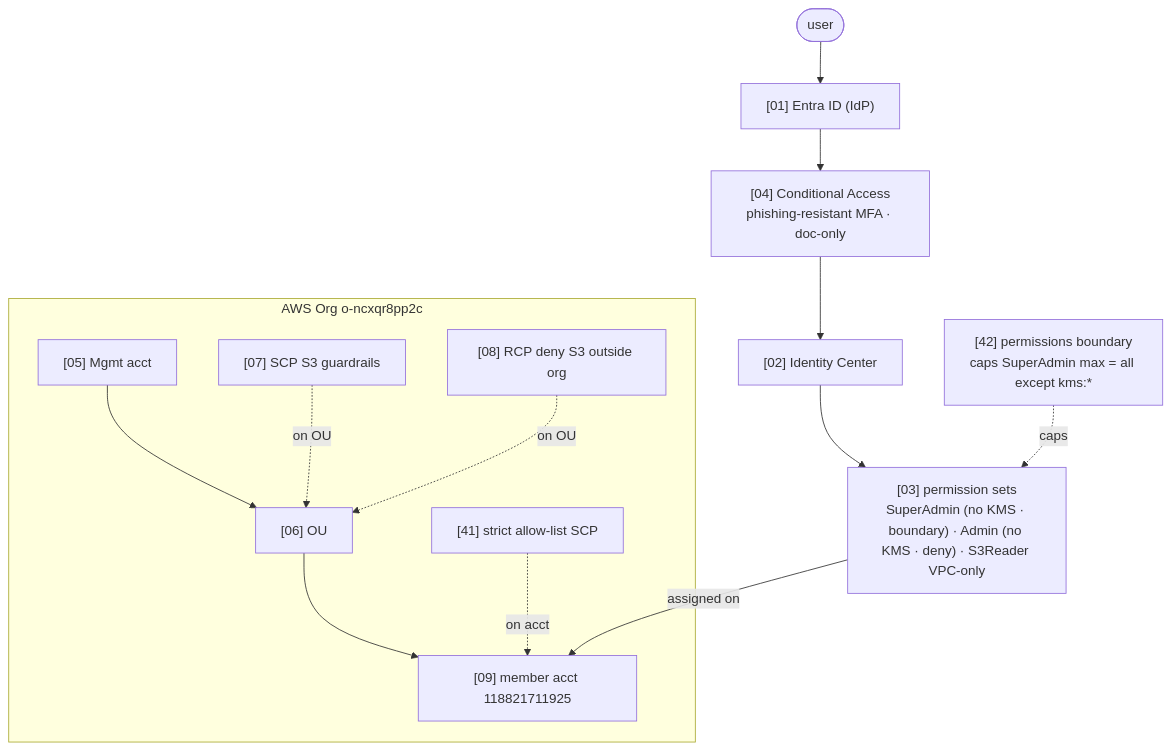
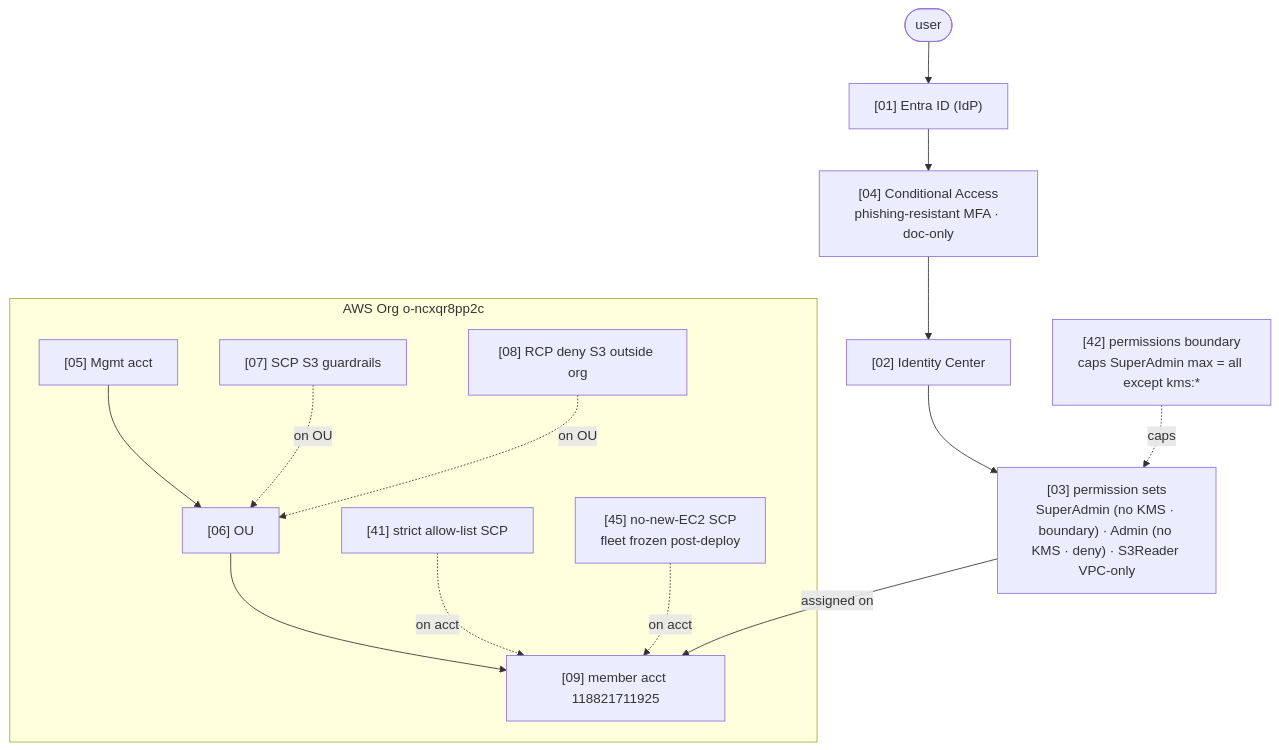
The first of 7 diagrams in README.md (DelicateHug/InterviewTakeHome), drawn with Mermaid before and after one commit. The commit also changed other lines of this file and 9 other files, not shown here.

````diff
--- a/README.md
+++ b/README.md
@@ -46,16 +48,17 @@
 ```mermaid
 flowchart TB
   U([user]) --> E["[01] Entra ID (IdP)"]
   E --> CA["[04] Conditional Access<br/>phishing-resistant MFA · doc-only"]
   CA --> IC["[02] Identity Center"]
   IC --> PS["[03] permission sets<br/>SuperAdmin (no KMS · boundary) · Admin (no KMS · deny) · S3Reader VPC-only"]
   PB["[42] permissions boundary<br/>caps SuperAdmin max = all except kms:*"] -. caps .-> PS
   subgraph ORG["AWS Org o-ncxqr8pp2c"]
     MGMT["[05] Mgmt acct"] --> OU["[06] OU"]
     OU --> ACCT["[09] member acct 118821711925"]
     SCP7["[07] SCP S3 guardrails"] -. on OU .-> OU
     RCP["[08] RCP deny S3 outside org"] -. on OU .-> OU
     SCP41["[41] strict allow-list SCP"] -. on acct .-> ACCT
+    SCP45["[45] no-new-EC2 SCP<br/>fleet frozen post-deploy"] -. on acct .-> ACCT
   end
   PS -->|assigned on| ACCT
 ```
````
